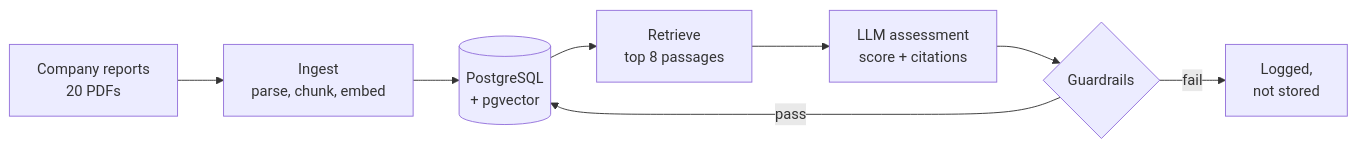
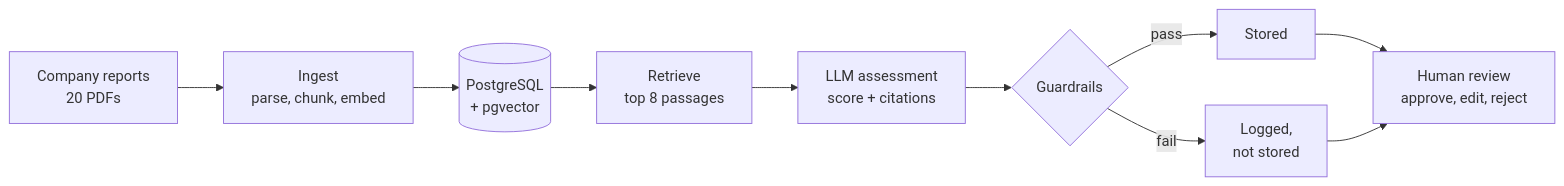
One commit to polinaulendeeva/impact-lens changed the diagram in README.md. Above: the diagram before and after it, drawn with Mermaid. The commit also changed other lines of this file, not shown here.

````diff
--- a/README.md
+++ b/README.md
@@ -11,10 +11,12 @@
 ```mermaid
 flowchart LR
     A[Company reports<br/>20 PDFs] --> B[Ingest<br/>parse, chunk, embed]
     B --> C[(PostgreSQL<br/>+ pgvector)]
     C --> D[Retrieve<br/>top 8 passages]
     D --> E[LLM assessment<br/>score + citations]
     E --> F{Guardrails}
-    F -- pass --> C
-    F -- fail --> G[Logged,<br/>not stored]
+    F -- pass --> G[Stored]
+    F -- fail --> H[Logged,<br/>not stored]
+    G --> I[Human review<br/>approve, edit, reject]
+    H --> I
 ```
````
